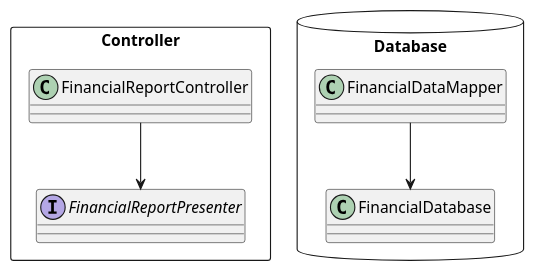
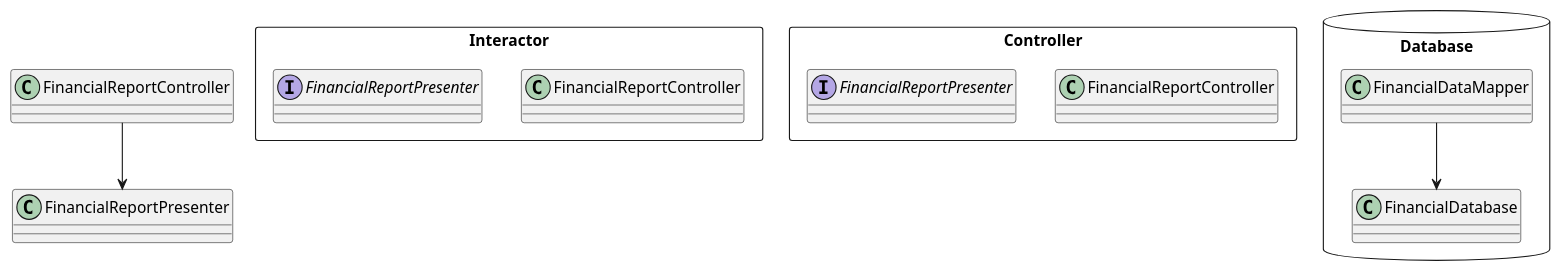
The third of 3 diagrams in pages/Robert C. Martin - Clean Architecture A Craftsman's Guide to Software Structure and Design.md (huland/logseq-notes), drawn with PlantUML before and after one commit. The commit also changed other lines of this file, not shown here.

Commit message:
Auto saved by Logseq

```diff
--- a/pages/Robert C. Martin - Clean Architecture A Craftsman's Guide to Software Structure and Design.md
+++ b/pages/Robert C. Martin - Clean Architecture A Craftsman's Guide to Software Structure and Design.md
@@ -204,15 +203,21 @@
 				  @startuml
+				  
+				  rectangle Interactor {
+				    class FinancialReportController 
+				    interface FinancialReportPresenter
+				  }
+				  
 				  rectangle Controller {
 				    class FinancialReportController 
 				    interface FinancialReportPresenter
 				  }
 				  database Database {
 				    class FinancialDataMapper 
 				    class FinancialDatabase
 				  }
 				  
 				  
 				  FinancialReportController --> FinancialReportPresenter
 				  
 				  FinancialDataMapper --> FinancialDatabase
 				  @enduml
```
